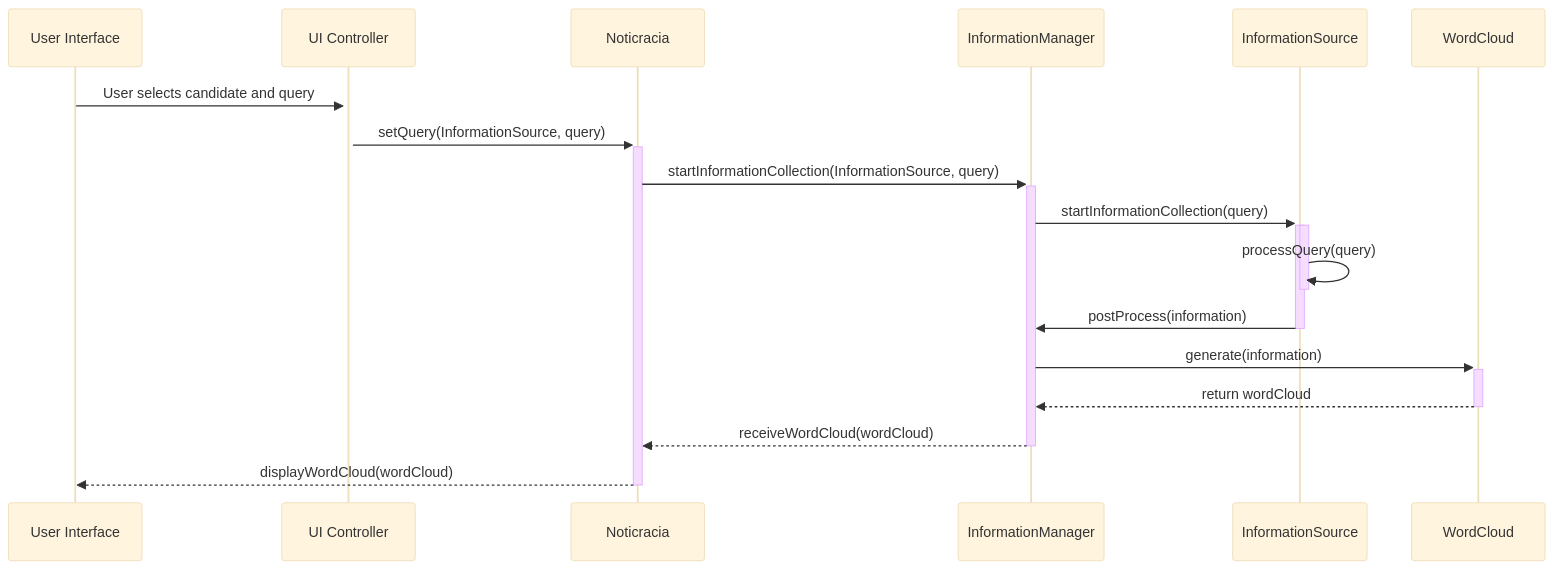
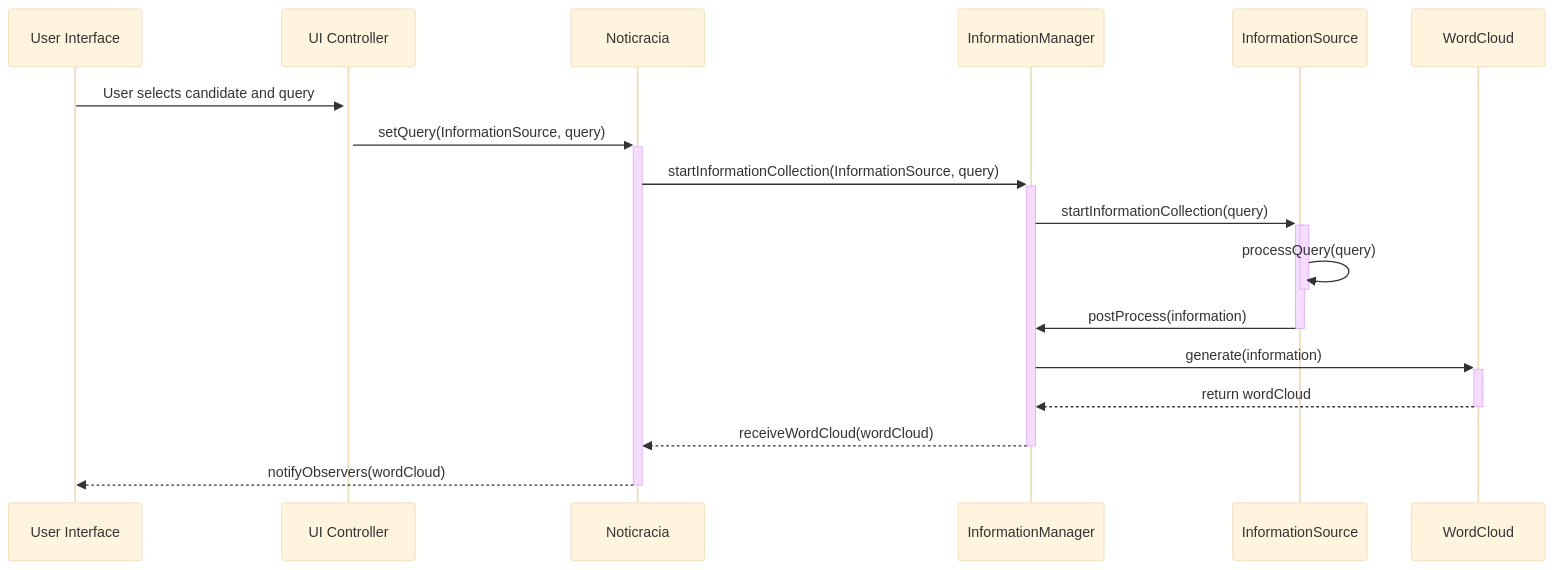
The second of 2 diagrams in README.md (juanmanuellosada/noticracia-core), drawn with Mermaid (base theme) before and after one commit.

Commit message:
Mejoro diagrama

````diff
--- a/README.md
+++ b/README.md
@@ -58,22 +58,22 @@
 ```mermaid
 sequenceDiagram
     participant UI as User Interface
     participant Controller as UI Controller
     participant Noticracia
     participant InfoMgr as InformationManager
     participant InfoSrc as InformationSource
     participant WordCloud
 
     UI->>+Controller: User selects candidate and query
     Controller->>+Noticracia: setQuery(InformationSource, query)
     Noticracia->>+InfoMgr: startInformationCollection(InformationSource, query)
     InfoMgr->>+InfoSrc: startInformationCollection(query)
     activate InfoSrc
     InfoSrc->>InfoSrc: processQuery(query)
     deactivate InfoSrc
     InfoSrc->>-InfoMgr: postProcess(information)
     InfoMgr->>+WordCloud: generate(information)
     WordCloud-->>-InfoMgr: return wordCloud
     InfoMgr-->>-Noticracia: receiveWordCloud(wordCloud)
-    Noticracia-->>-UI: displayWordCloud(wordCloud)
+    Noticracia-->>-UI: notifyObservers(wordCloud)
 ```
````
